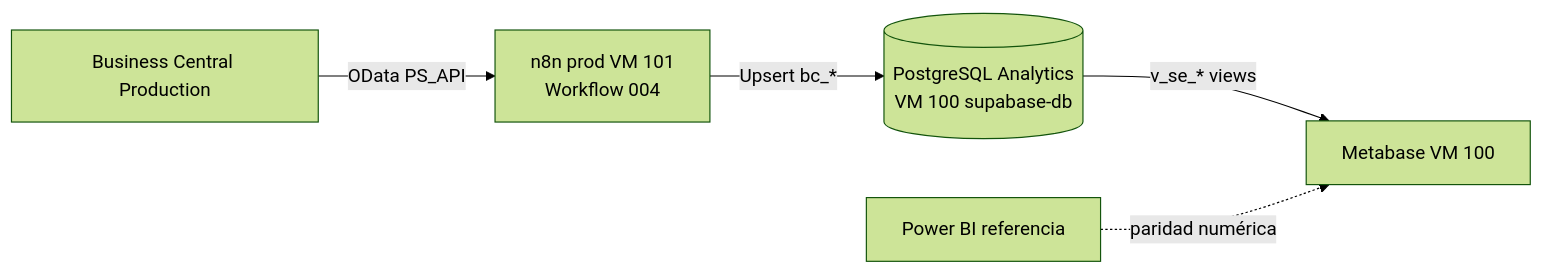
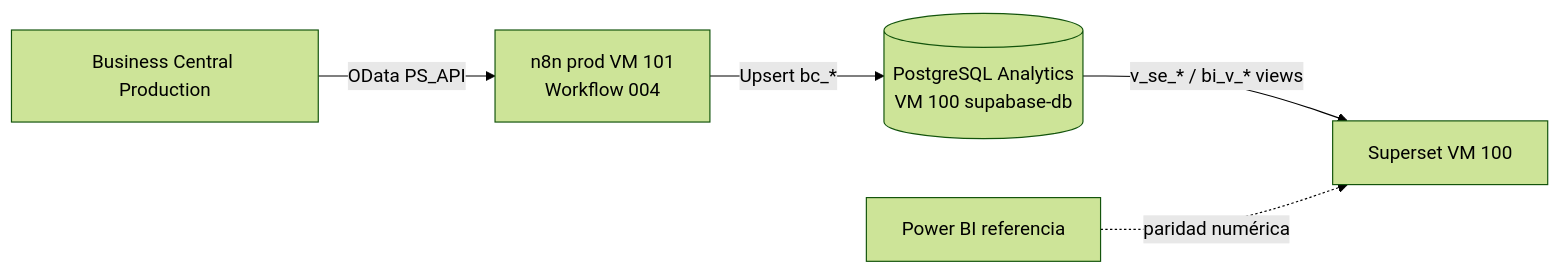
Before and after one commit to dbertona/metabase-analytics: the diagram in docs/GUIA_COMPLETA_ANALYTICS.md, drawn with Mermaid (forest theme). The commit also changed other lines of this file and 10 other files, not shown here.

````diff
--- a/docs/GUIA_COMPLETA_ANALYTICS.md
+++ b/docs/GUIA_COMPLETA_ANALYTICS.md
@@ -32,13 +32,13 @@
 ```mermaid
 flowchart LR
   BC[Business Central Production]
   N8N[n8n prod VM 101<br/>Workflow 004]
   PG[(PostgreSQL Analytics<br/>VM 100 supabase-db)]
-  MB[Metabase VM 100]
+  SS[Superset VM 100]
   PBI[Power BI referencia]
 
   BC -->|OData PS_API| N8N
   N8N -->|Upsert bc_*| PG
-  PG -->|v_se_* views| MB
-  PBI -.->|paridad numérica| MB
+  PG -->|v_se_* / bi_v_* views| SS
+  PBI -.->|paridad numérica| SS
 ```
````
